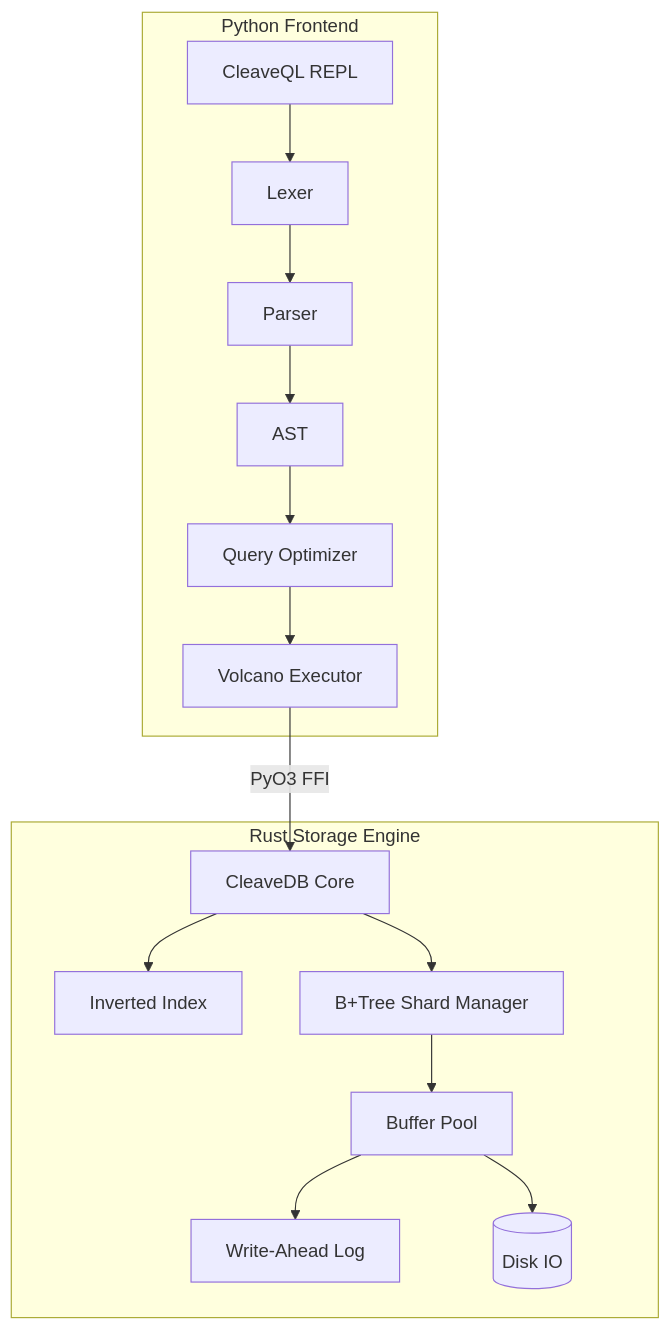
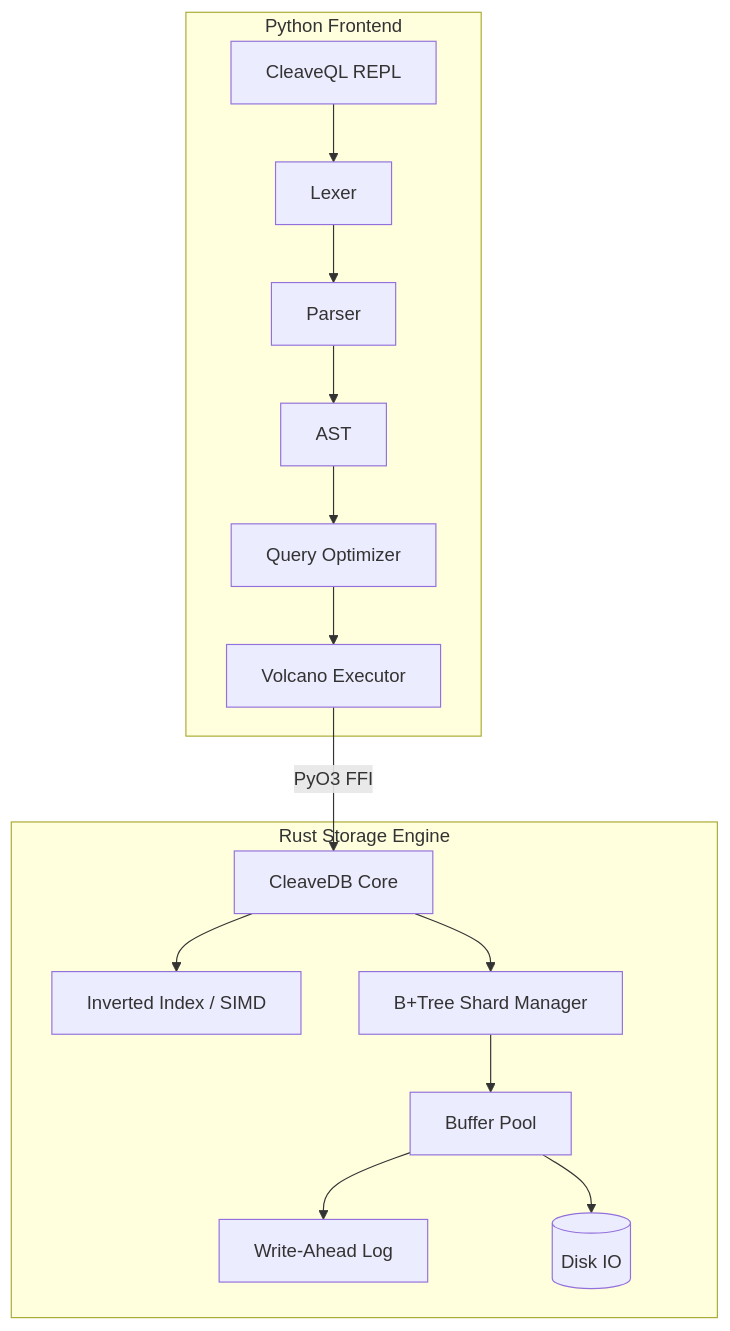
Before and after one commit to Tribrix23/CleaveDB: the diagram in README.md, drawn with Mermaid. The commit also changed other lines of this file and 29 other files, not shown here.

````diff
--- a/README.md
+++ b/README.md
@@ -28,19 +32,19 @@
 ```mermaid
 flowchart TD
     subgraph Frontend [Python Frontend]
         REPL[CleaveQL REPL] --> Lexer
         Lexer --> Parser
         Parser --> AST
         AST --> Optimizer[Query Optimizer]
         Optimizer --> Interpreter[Volcano Executor]
     end
 
     subgraph Backend [Rust Storage Engine]
         Interpreter -- "PyO3 FFI" --> Core[CleaveDB Core]
-        Core --> Index[Inverted Index]
+        Core --> Index[Inverted Index / SIMD]
         Core --> Shards[B+Tree Shard Manager]
         Shards --> BP[Buffer Pool]
         BP --> WAL[Write-Ahead Log]
         BP --> Disk[(Disk IO)]
     end
 ```
````
